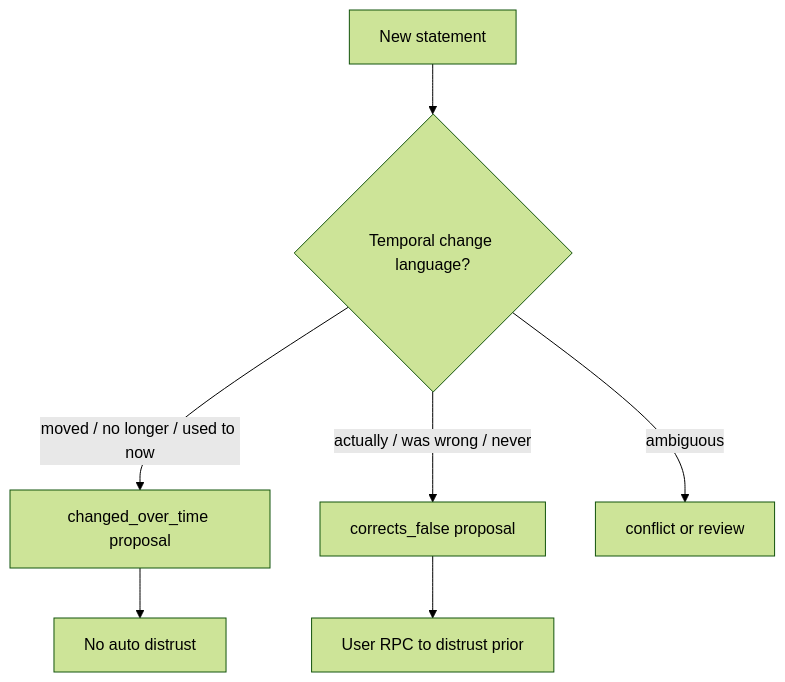
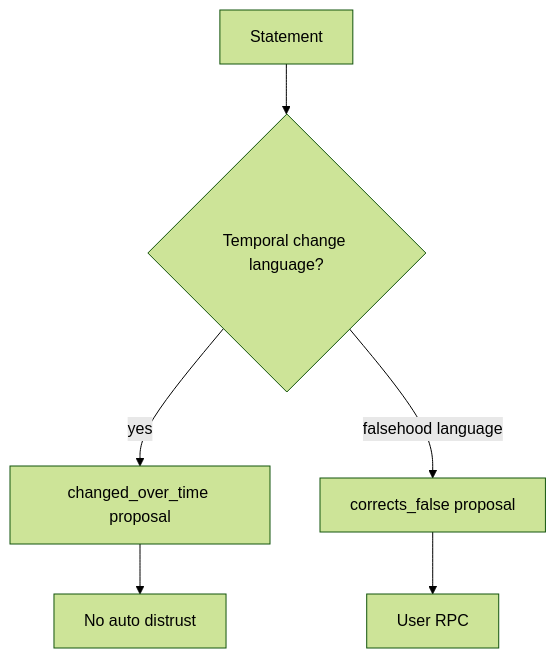
One commit to NicolVii/ContextVault changed the eighth of 12 diagrams in docs/memory-system/10-memory-processing-design.md. Above: the diagram before and after it, drawn with Mermaid (forest theme). The commit also changed other lines of this file, not shown here.

````diff
--- a/docs/memory-system/10-memory-processing-design.md
+++ b/docs/memory-system/10-memory-processing-design.md
@@ -1628,9 +1250,8 @@
 ```mermaid
 flowchart TD
-  S[New statement] --> Q{Temporal change language?}
-  Q -->|moved / no longer / used to now| COT[changed_over_time proposal]
-  Q -->|actually / was wrong / never| CF[corrects_false proposal]
-  Q -->|ambiguous| Conf[conflict or review]
+  S[Statement] --> Q{Temporal change language?}
+  Q -->|yes| COT[changed_over_time proposal]
+  Q -->|falsehood language| CF[corrects_false proposal]
   COT --> NoAuto[No auto distrust]
-  CF --> User[User RPC to distrust prior]
+  CF --> User[User RPC]
 ```
````
